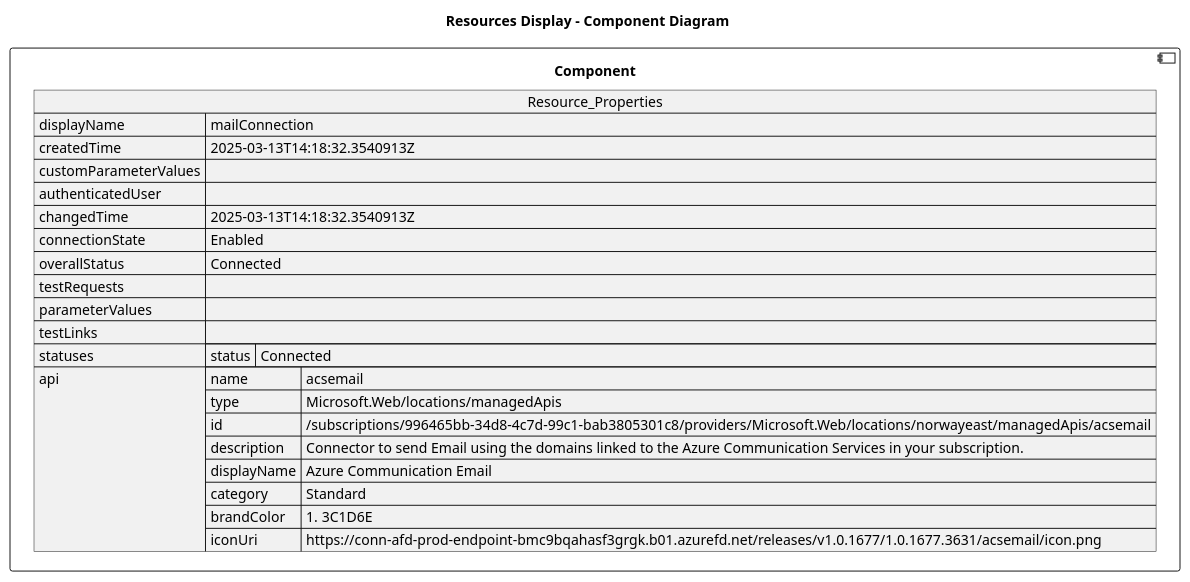
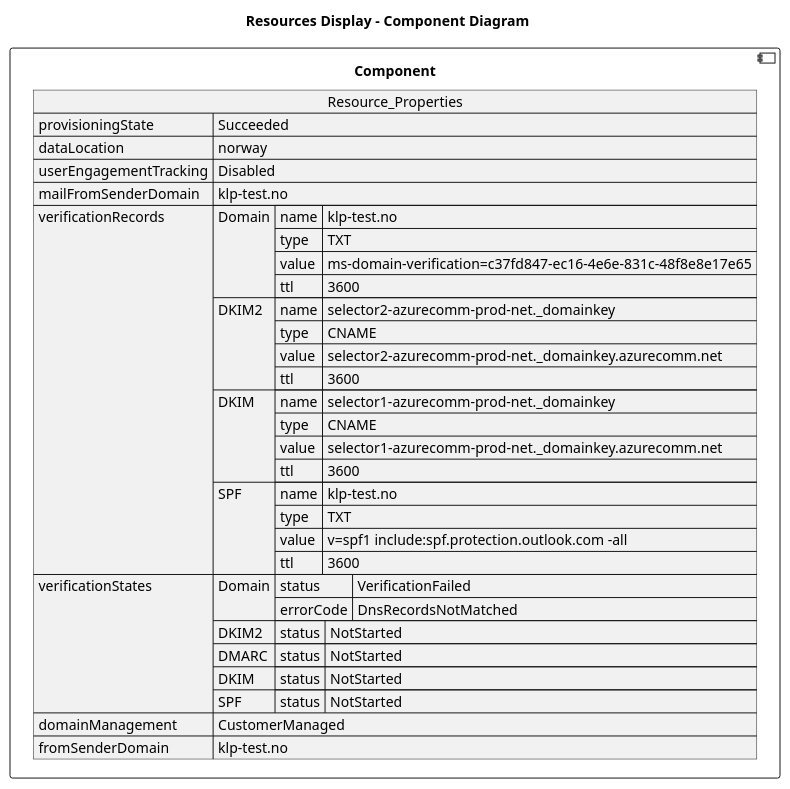
Before and after one commit to DanielAmpong/Test-Azure-architecture-diagram: the diagram in architectureDesign/PUML/rg-email_Resources/klp-test.no.puml, drawn with PlantUML. The commit also changed 327 other files, not shown here.

```diff
--- a/architectureDesign/PUML/rg-email_Resources/klp-test.no.puml
+++ b/architectureDesign/PUML/rg-email_Resources/klp-test.no.puml
@@ -1,9 +1,60 @@
 @startuml
 
 title Resources Display - Component Diagram
 
 component Component {
 
-json  Resource_Properties {   "displayName": "mailConnection",   "createdTime": "2025-03-13T14:18:32.3540913Z",   "customParameterValues": {},   "authenticatedUser": {},   "changedTime": "2025-03-13T14:18:32.3540913Z",   "connectionState": "Enabled",   "overallStatus": "Connected",   "testRequests": [],   "parameterValues": {},   "testLinks": [],   "statuses": [     {       "status": "Connected"     }   ],   "api": {     "name": "acsemail",     "type": "Microsoft.Web/locations/managedApis",     "id": "/subscriptions/996465bb-34d8-4c7d-99c1-bab3805301c8/providers/Microsoft.Web/locations/norwayeast/managedApis/acsemail",     "description": "Connector to send Email using the domains linked to the Azure Communication Services in your subscription.",     "displayName": "Azure Communication Email",     "category": "Standard",     "brandColor": "#3C1D6E",     "iconUri": "https://conn-afd-prod-endpoint-bmc9bqahasf3grgk.b01.azurefd.net/releases/v1.0.1677/1.0.1677.3631/acsemail/icon.png"   } }
+json  Resource_Properties {
+  "provisioningState": "Succeeded",
+  "dataLocation": "norway",
+  "userEngagementTracking": "Disabled",
+  "mailFromSenderDomain": "klp-test.no",
+  "verificationRecords": {
+    "Domain": {
+      "name": "klp-test.no",
+      "type": "TXT",
+      "value": "ms-domain-verification=c37fd847-ec16-4e6e-831c-48f8e8e17e65",
+      "ttl": 3600
+    },
+    "DKIM2": {
+      "name": "selector2-azurecomm-prod-net._domainkey",
+      "type": "CNAME",
+      "value": "selector2-azurecomm-prod-net._domainkey.azurecomm.net",
+      "ttl": 3600
+    },
+    "DKIM": {
+      "name": "selector1-azurecomm-prod-net._domainkey",
+      "type": "CNAME",
+      "value": "selector1-azurecomm-prod-net._domainkey.azurecomm.net",
+      "ttl": 3600
+    },
+    "SPF": {
+      "name": "klp-test.no",
+      "type": "TXT",
+      "value": "v=spf1 include:spf.protection.outlook.com -all",
+      "ttl": 3600
+    }
+  },
+  "verificationStates": {
+    "Domain": {
+      "status": "VerificationFailed",
+      "errorCode": "DnsRecordsNotMatched"
+    },
+    "DKIM2": {
+      "status": "NotStarted"
+    },
+    "DMARC": {
+      "status": "NotStarted"
+    },
+    "DKIM": {
+      "status": "NotStarted"
+    },
+    "SPF": {
+      "status": "NotStarted"
+    }
+  },
+  "domainManagement": "CustomerManaged",
+  "fromSenderDomain": "klp-test.no"
+}
 }
 @enduml
```
